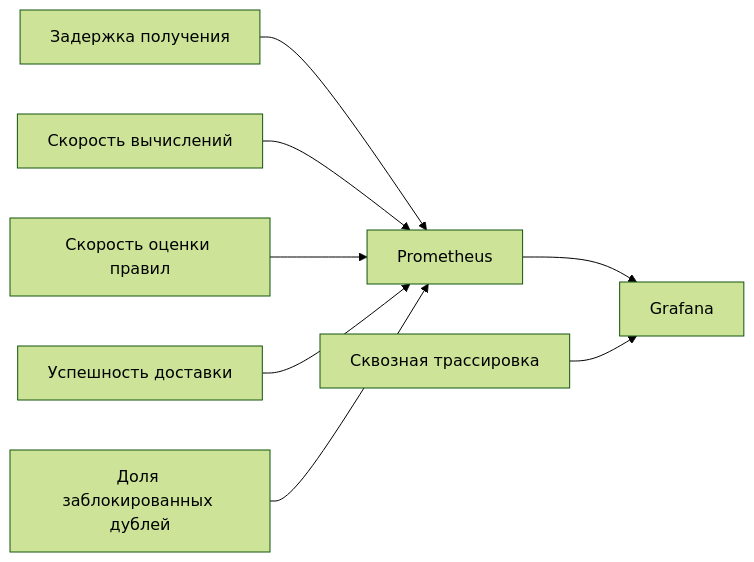
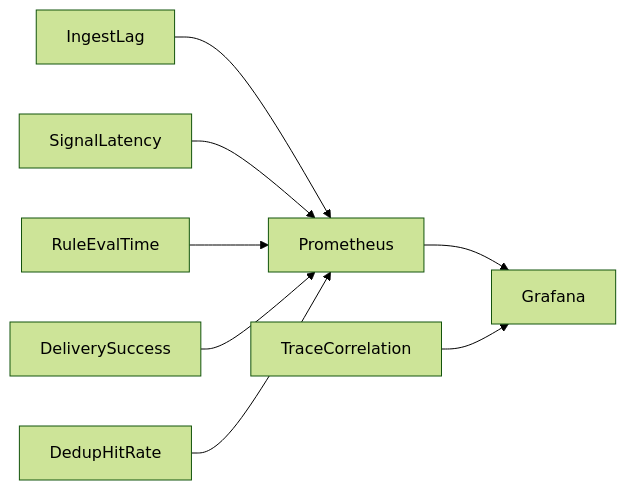
Before and after one commit to MarchenkoRuslan/alarm_system: the sixth of 7 diagrams in docs/architecture/architecture-deck.md, drawn with Mermaid (forest theme). The commit also changed other lines of this file, not shown here.

Commit message:
Update architecture documentation with English terminology for clarity and consistency, including changes to data sources, core pipeline, and event structure.

````diff
--- a/docs/architecture/architecture-deck.md
+++ b/docs/architecture/architecture-deck.md
@@ -276,10 +276,10 @@
 ```mermaid
 flowchart LR
-  Ingest[Задержка получения] --> Prom[Prometheus]
-  Compute[Скорость вычислений] --> Prom
-  Eval[Скорость оценки правил] --> Prom
-  Deliver[Успешность доставки] --> Prom
-  Dedup[Доля заблокированных дублей] --> Prom
+  Ingest[IngestLag] --> Prom[Prometheus]
+  Compute[SignalLatency] --> Prom
+  Eval[RuleEvalTime] --> Prom
+  Deliver[DeliverySuccess] --> Prom
+  Dedup[DedupHitRate] --> Prom
   Prom --> Graf[Grafana]
-  OTel[Сквозная трассировка] --> Graf
+  OTel[TraceCorrelation] --> Graf
 ```
````
